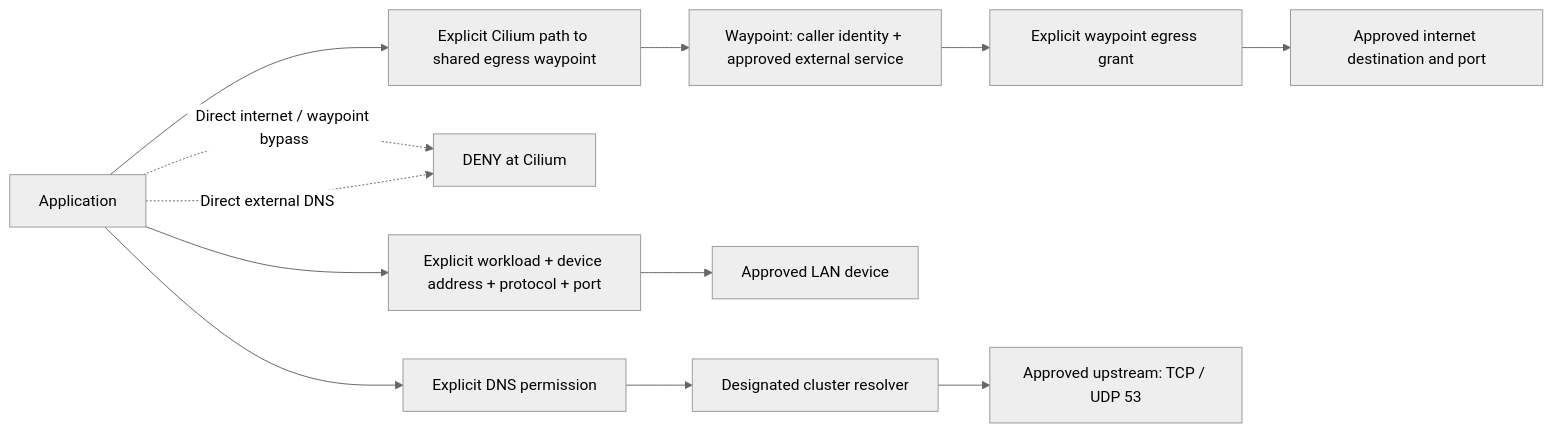
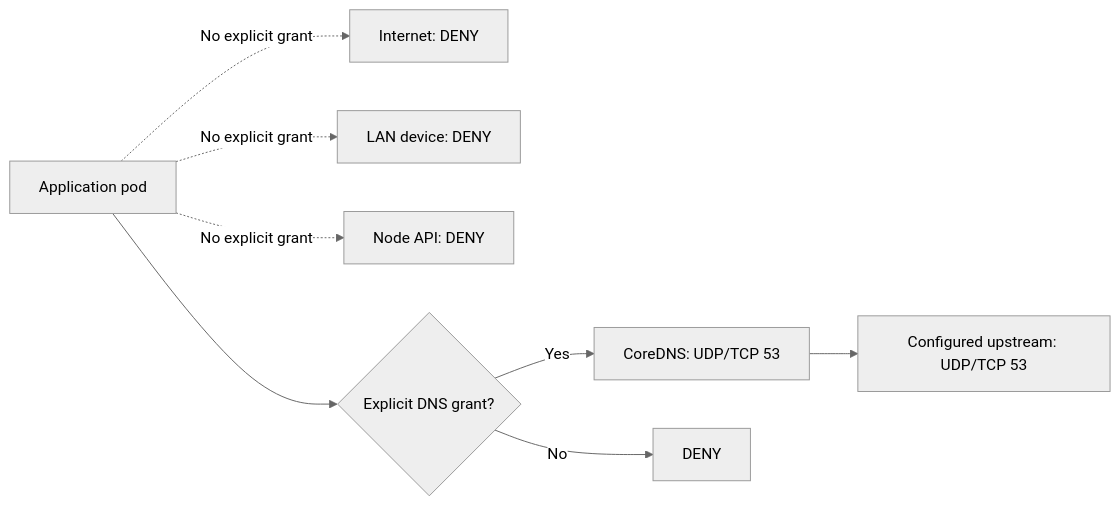
The second of 4 diagrams in docs/architecture/network-security.md (liamawhite/homelab), drawn with Mermaid (neutral theme) before and after one commit. The commit also changed other lines of this file and 1 other file, not shown here.

Commit message:
Focus architecture learning on L4 and track verification in issue 25

````diff
--- a/docs/architecture/network-security.md
+++ b/docs/architecture/network-security.md
@@ -85,16 +69,10 @@
 ```mermaid
 flowchart LR
-    App["Application"] --> EPath["Explicit Cilium path to shared egress waypoint"]
-    EPath --> EAuth["Waypoint: caller identity + approved external service"]
-    EAuth --> Out["Explicit waypoint egress grant"]
-    Out --> Internet["Approved internet destination and port"]
-    App -. "Direct internet / waypoint bypass" .-> Deny["DENY at Cilium"]
-
-    App --> LANRule["Explicit workload + device address + protocol + port"]
-    LANRule --> LAN["Approved LAN device"]
-
-    App --> DNSGrant["Explicit DNS permission"]
-    DNSGrant --> CoreDNS["Designated cluster resolver"]
-    CoreDNS --> Upstream["Approved upstream: TCP / UDP 53"]
-    App -. "Direct external DNS" .-> Deny
+    App["Application pod"] -. "No explicit grant" .-> Internet["Internet: DENY"]
+    App -. "No explicit grant" .-> LAN["LAN device: DENY"]
+    App -. "No explicit grant" .-> NodeAPI["Node API: DENY"]
+    App --> DNS{"Explicit DNS grant?"}
+    DNS -- Yes --> CoreDNS["CoreDNS: UDP/TCP 53"]
+    CoreDNS --> Upstream["Configured upstream: UDP/TCP 53"]
+    DNS -- No --> Deny["DENY"]
 ```
````
